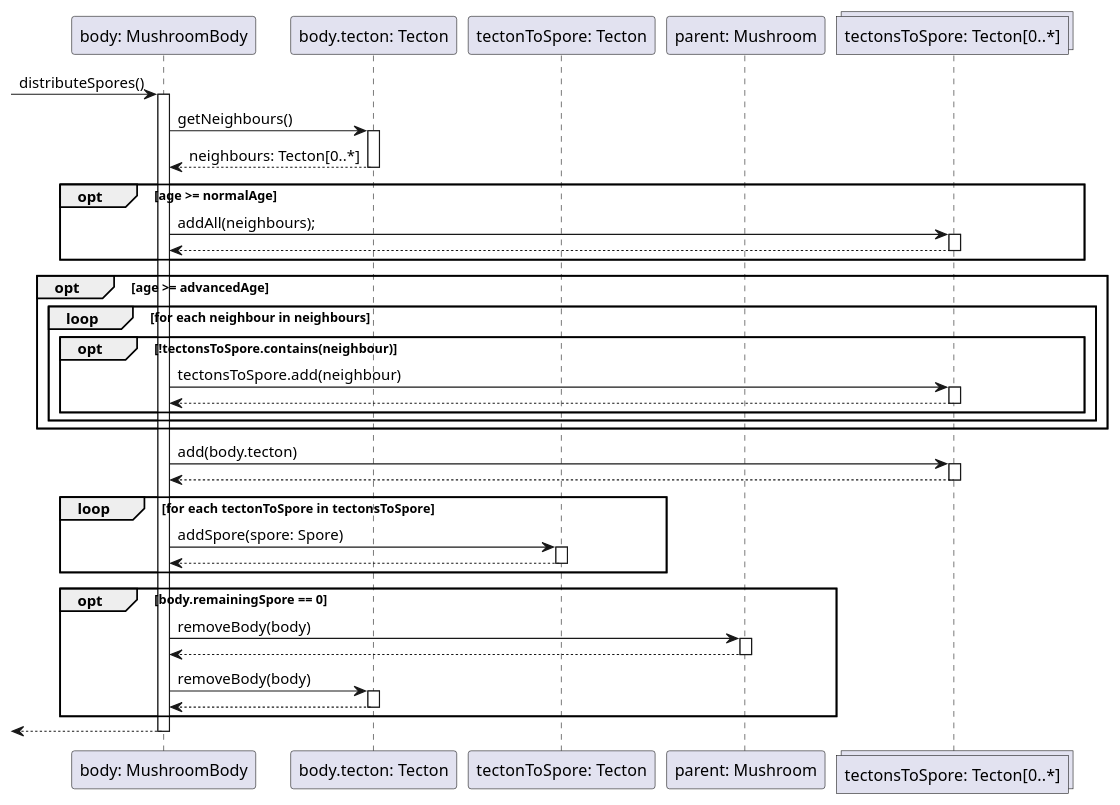
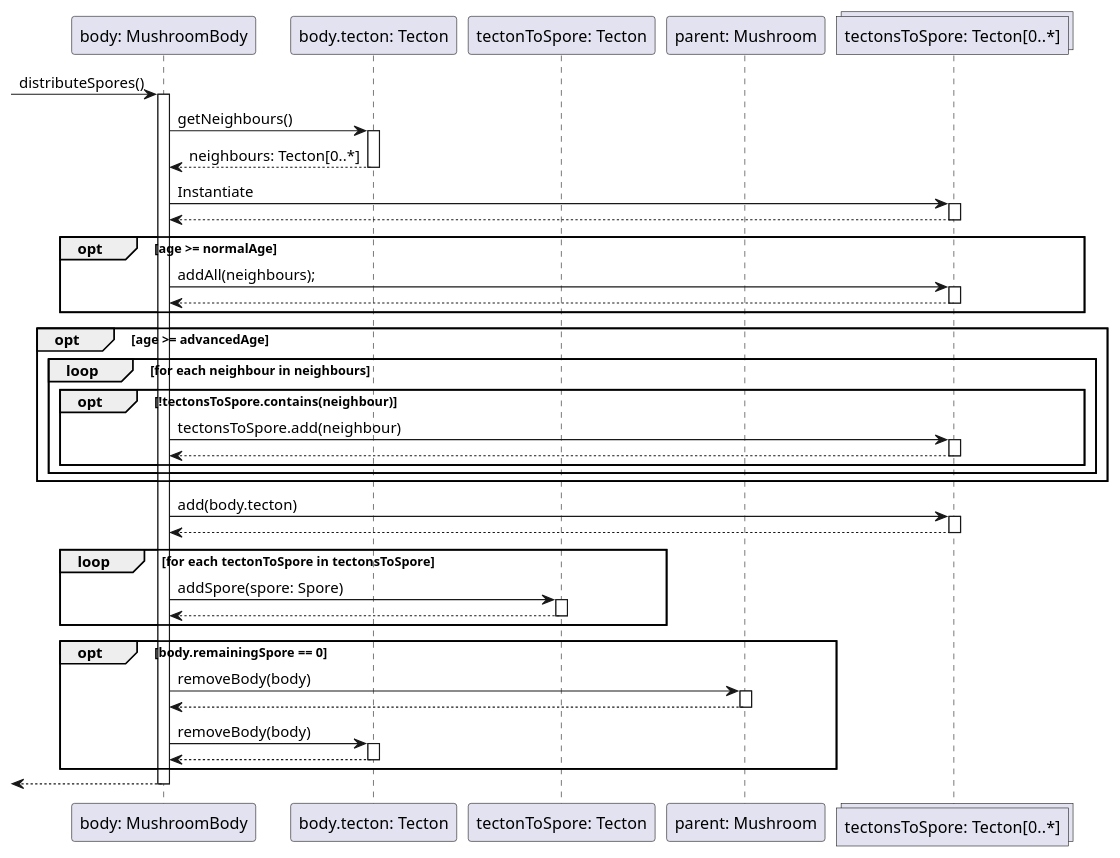
The diagram in diagrams/sequence/mushroom/mushroom_body/distributeSpore.wsd (dzsem/projlab), drawn with PlantUML before and after one commit.

Commit message:
distributeSpores fix#2

```diff
--- a/diagrams/sequence/mushroom/mushroom_body/distributeSpore.wsd
+++ b/diagrams/sequence/mushroom/mushroom_body/distributeSpore.wsd
@@ -1,63 +1,67 @@
 @startuml DistributeSpore
 participant "body: MushroomBody" as body
 participant "body.tecton: Tecton" as tecton
 participant "tectonToSpore: Tecton" as tectonToSpore
 participant "parent: Mushroom" as parent
 collections "tectonsToSpore: Tecton[0..*]" as tectons
 
 -> body : distributeSpores()
 activate body
 
 body -> tecton : getNeighbours()
 
-
 activate tecton
 tecton --> body : neighbours: Tecton[0..*]
 deactivate tecton
+
+body -> tectons: Instantiate
+activate tectons
+tectons --> body
+deactivate tectons
 
     opt age >= normalAge
         body -> tectons: addAll(neighbours);
         activate tectons
         tectons --> body
         deactivate tectons
     end 
 
     opt age >= advancedAge
         loop for each neighbour in neighbours
             opt !tectonsToSpore.contains(neighbour)
                 body -> tectons: tectonsToSpore.add(neighbour)
                 activate tectons
                 tectons --> body
                 deactivate tectons
             end
         end
     end
 
     body -> tectons: add(body.tecton)
     activate tectons
     tectons --> body
     deactivate tectons
 
     loop for each tectonToSpore in tectonsToSpore
         body -> tectonToSpore : addSpore(spore: Spore)
         activate tectonToSpore
         tectonToSpore --> body 
         deactivate tectonToSpore
 
     end
 
     opt body.remainingSpore == 0
         body -> parent : removeBody(body)
         activate parent
         parent --> body
         deactivate parent
         body -> tecton : removeBody(body)
         activate tecton
         tecton --> body
         deactivate tecton
     end
 
 <-- body
 deactivate body
 
 @enduml
```
